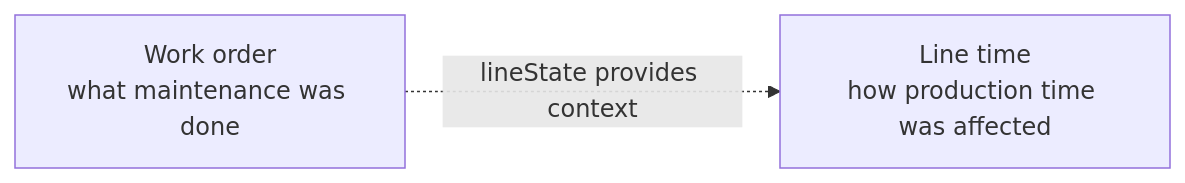
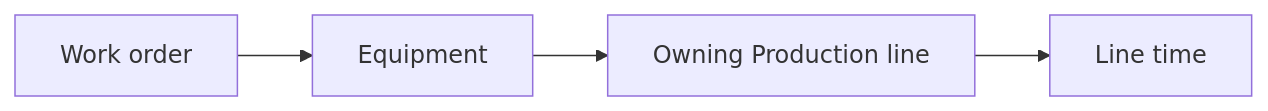
One commit to Tom-PIT/TomPIT.Pulse.Connector changed the diagram in docs/models/manufacturing/food-and-beverage/maintenance-and-quality/work-order.md. Above: the diagram before and after it, drawn with Mermaid. The commit also changed other lines of this file and 2 other files, not shown here.

Commit message:
docs: updates to maintenance-and-quality according to implementation

````diff
--- a/docs/models/manufacturing/food-and-beverage/maintenance-and-quality/work-order.md
+++ b/docs/models/manufacturing/food-and-beverage/maintenance-and-quality/work-order.md
@@ -127,7 +163,9 @@
 ```mermaid
 flowchart LR
-    A["Work order<br/>what maintenance was done"]
-    B["Line time<br/>how production time was affected"]
+    A["Work order"]
+    B["Equipment"]
+    C["Owning Production line"]
+    D["Line time"]
 
-    A -. "lineState provides context" .-> B
+    A --> B --> C --> D
 ```
````
